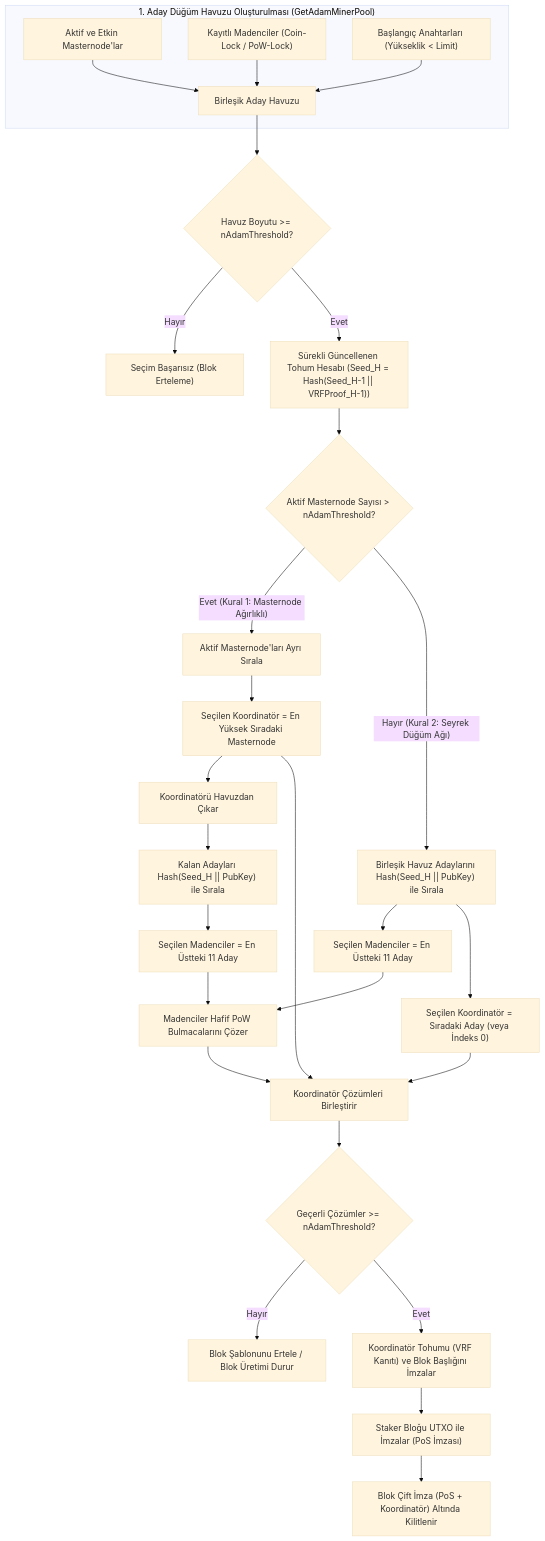
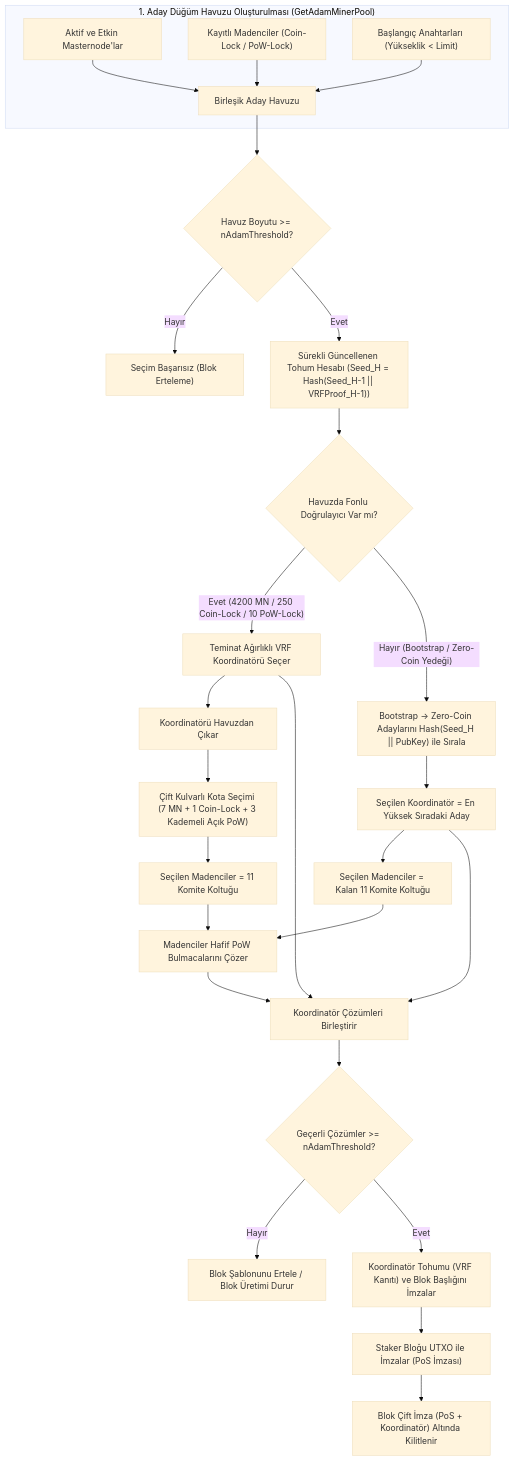
One commit to bedri/KristaTech-KRISTA changed the diagram in doc/A Decentralized Approach Model (ADAM)_TR.md. Above: the diagram before and after it, drawn with Mermaid (base theme). The commit also changed other lines of this file and 25 other files, not shown here.

Commit message:
consensus: enforce pre-Model-D 60/40 validator split, Coin-Lock Tier 2A overflow, and stake-weighted Coordinator VRF

````diff
--- a/doc/A Decentralized Approach Model (ADAM)_TR.md
+++ b/doc/A Decentralized Approach Model (ADAM)_TR.md
@@ -168,44 +168,43 @@
 ```mermaid
 graph TD
     %% Havuz Oluşturma
     subgraph Pool_Construction ["1. Aday Düğüm Havuzu Oluşturulması (GetAdamMinerPool)"]
         A1["Aktif ve Etkin Masternode'lar"] --> A4["Birleşik Aday Havuzu"]
         A2["Kayıtlı Madenciler (Coin-Lock / PoW-Lock)"] --> A4
         A3["Başlangıç Anahtarları (Yükseklik < Limit)"] --> A4
     end
 
     %% Doğrulama ve Tohum Hesaplama
     A4 --> B{"Havuz Boyutu >= nAdamThreshold?"}
     B -- "Hayır" --> C["Seçim Başarısız (Blok Erteleme)"]
     B -- "Evet" --> D["Sürekli Güncellenen Tohum Hesabı (Seed_H = Hash(Seed_H-1 || VRFProof_H-1))"]
 
     %% Seçim Kuralları
-    D --> E{"Aktif Masternode Sayısı > nAdamThreshold?"}
+    D --> E{"Havuzda Fonlu Doğrulayıcı Var mı?"}
     
-    %% Kural 1
-    E -- "Evet (Kural 1: Masternode Ağırlıklı)" --> F1["Aktif Masternode'ları Ayrı Sırala"]
-    F1 --> F2["Seçilen Koordinatör = En Yüksek Sıradaki Masternode"]
-    F2 --> F3["Koordinatörü Havuzdan Çıkar"]
-    F3 --> F4["Kalan Adayları Hash(Seed_H || PubKey) ile Sırala"]
-    F4 --> F5["Seçilen Madenciler = En Üstteki 11 Aday"]
+    %% Teminat Ağırlıklı VRF
+    E -- "Evet (4200 MN / 250 Coin-Lock / 10 PoW-Lock)" --> F1["Teminat Ağırlıklı VRF Koordinatörü Seçer"]
+    F1 --> F3["Koordinatörü Havuzdan Çıkar"]
+    F3 --> F4["Çift Kulvarlı Kota Seçimi (7 MN + 1 Coin-Lock + 3 Kademeli Açık PoW)"]
+    F4 --> F5["Seçilen Madenciler = 11 Komite Koltuğu"]
     
-    %% Kural 2
-    E -- "Hayır (Kural 2: Seyrek Düğüm Ağı)" --> G1["Birleşik Havuz Adaylarını Hash(Seed_H || PubKey) ile Sırala"]
-    G1 --> G2["Seçilen Madenciler = En Üstteki 11 Aday"]
-    G1 --> G3["Seçilen Koordinatör = Sıradaki Aday (veya İndeks 0)"]
+    %% Bootstrap / Zero-Coin Yedeği
+    E -- "Hayır (Bootstrap / Zero-Coin Yedeği)" --> G1["Bootstrap -> Zero-Coin Adaylarını Hash(Seed_H || PubKey) ile Sırala"]
+    G1 --> G3["Seçilen Koordinatör = En Yüksek Sıradaki Aday"]
+    G3 --> G2["Seçilen Madenciler = Kalan 11 Komite Koltuğu"]
 
     %% Çalıştırma Aşaması
     F5 --> H["Madenciler Hafif PoW Bulmacalarını Çözer"]
     G2 --> H
     
     H --> I["Koordinatör Çözümleri Birleştirir"]
-    F2 --> I
+    F1 --> I
     G3 --> I
     
     I --> J{"Geçerli Çözümler >= nAdamThreshold?"}
     J -- "Hayır" --> K["Blok Şablonunu Ertele / Blok Üretimi Durur"]
     
     J -- "Evet" --> L["Koordinatör Tohumu (VRF Kanıtı) ve Blok Başlığını İmzalar"]
     L --> M["Staker Bloğu UTXO ile İmzalar (PoS İmzası)"]
     M --> N["Blok Çift İmza (PoS + Koordinatör) Altında Kilitlenir"]
 ```
````
